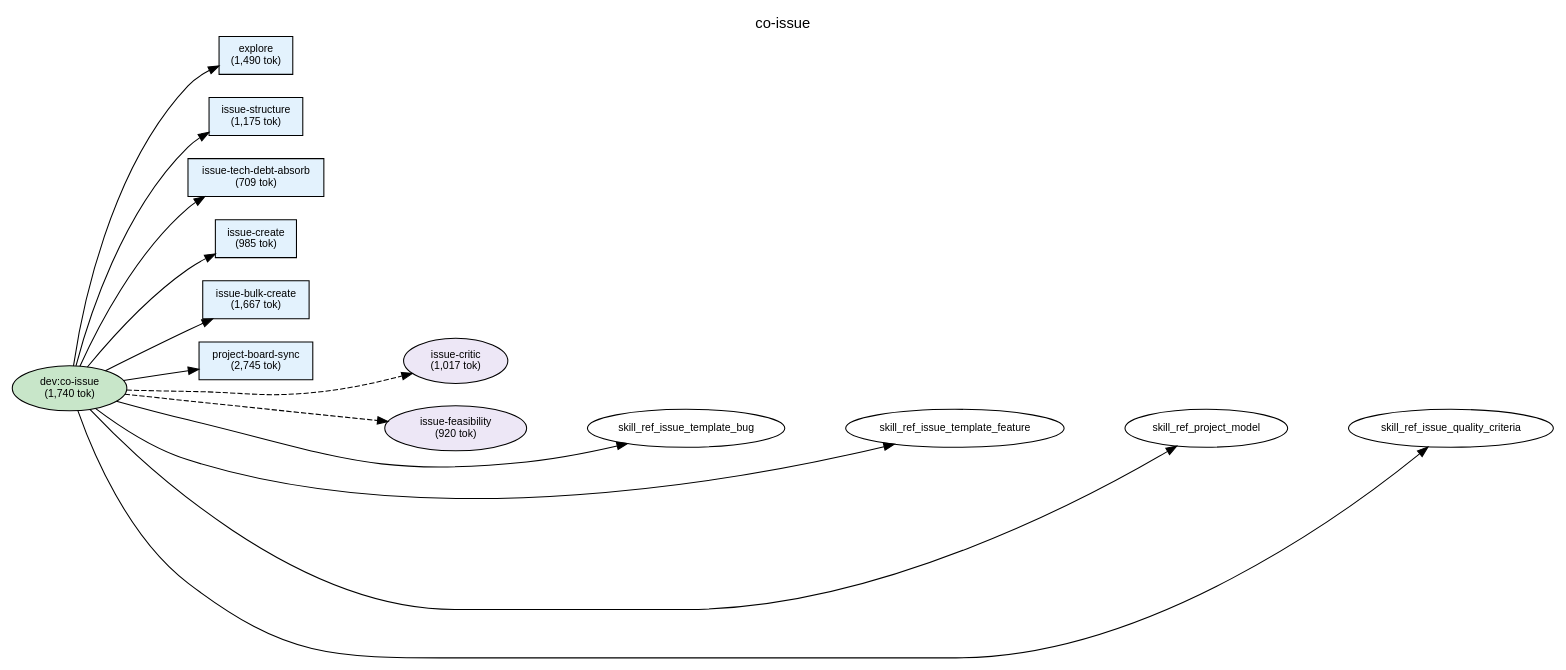
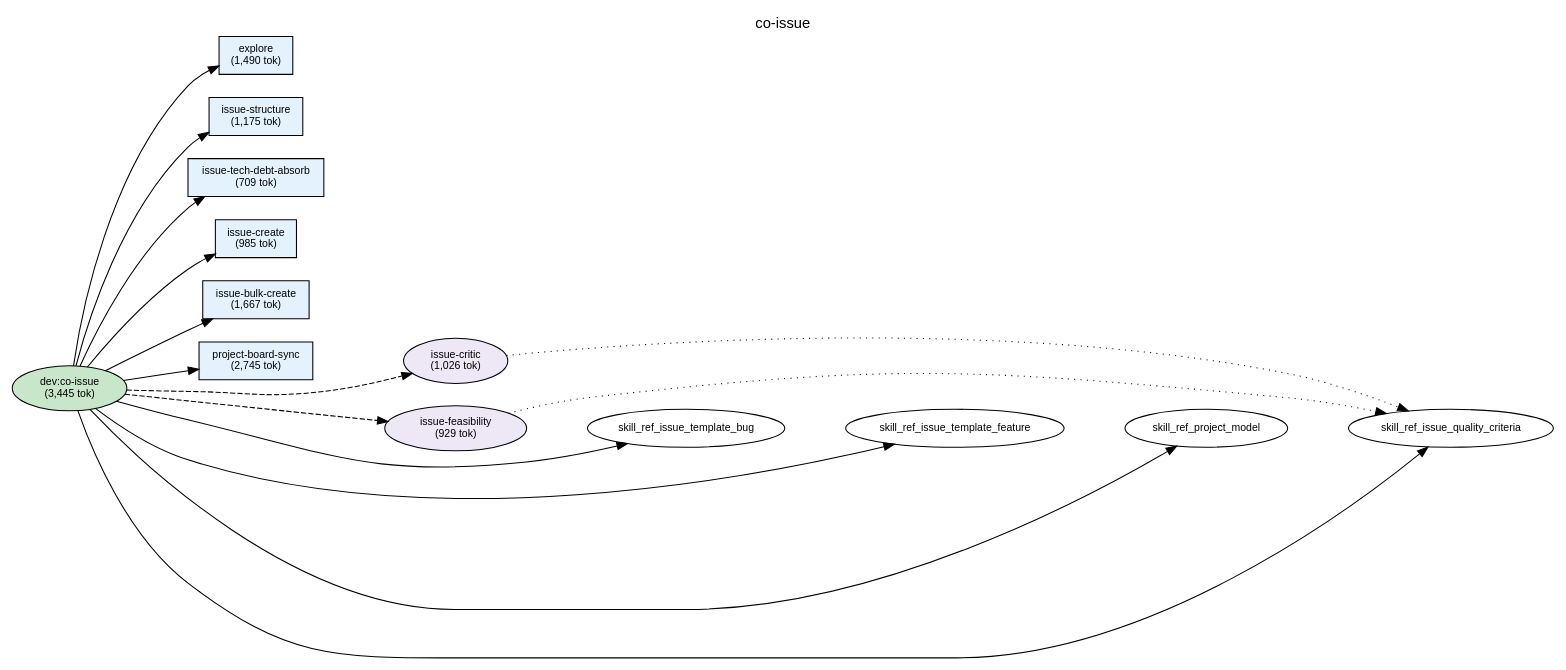
The diagram in plugins/dev/docs/deps-co-issue.dot (shuu5/twill), drawn with Graphviz before and after one commit. The commit also changed 28 other files, not shown here.

```diff
--- a/plugins/dev/docs/deps-co-issue.dot
+++ b/plugins/dev/docs/deps-co-issue.dot
@@ -1,72 +1,74 @@
 digraph Dependencies {
     // Graph settings
     rankdir=LR;
     ranksep=0.8;
     nodesep=0.3;
     fontname="Helvetica";
     node [fontname="Helvetica", fontsize=10];
     edge [fontname="Helvetica", fontsize=9];
     label="co-issue";
     labelloc=t;
     fontsize=14;
 
     // L0: Controller Skills
-    skill_co_issue [label="dev:co-issue\n(1,740 tok)", shape=ellipse, style=filled, fillcolor="#c8e6c9"];
+    skill_co_issue [label="dev:co-issue\n(3,445 tok)", shape=ellipse, style=filled, fillcolor="#c8e6c9"];
 
     // L0: Launchers
 
     // L0.5: Workflow Skills
 
     // Reference Skills
 
     // L1: Direct Commands
     cmd_issue_structure [label="issue-structure\n(1,175 tok)", shape=box, style=filled, fillcolor="#e3f2fd"];
     cmd_issue_create [label="issue-create\n(985 tok)", shape=box, style=filled, fillcolor="#e3f2fd"];
     cmd_issue_bulk_create [label="issue-bulk-create\n(1,667 tok)", shape=box, style=filled, fillcolor="#e3f2fd"];
     cmd_issue_tech_debt_absorb [label="issue-tech-debt-absorb\n(709 tok)", shape=box, style=filled, fillcolor="#e3f2fd"];
     cmd_project_board_sync [label="project-board-sync\n(2,745 tok)", shape=box, style=filled, fillcolor="#e3f2fd"];
     cmd_explore [label="explore\n(1,490 tok)", shape=box, style=filled, fillcolor="#e3f2fd"];
 
     // L2: Sub Commands
 
     // L3: Agents
-    agent_issue_critic [label="issue-critic\n(1,017 tok)", shape=ellipse, style=filled, fillcolor="#ede7f6"];
-    agent_issue_feasibility [label="issue-feasibility\n(920 tok)", shape=ellipse, style=filled, fillcolor="#ede7f6"];
+    agent_issue_critic [label="issue-critic\n(1,026 tok)", shape=ellipse, style=filled, fillcolor="#ede7f6"];
+    agent_issue_feasibility [label="issue-feasibility\n(929 tok)", shape=ellipse, style=filled, fillcolor="#ede7f6"];
 
     // L3.5: Scripts
 
     // L4: External
 
     // Layer constraints
     { rank=same; skill_co_issue; }
     { rank=same; cmd_issue_structure; cmd_issue_create; cmd_issue_bulk_create; cmd_issue_tech_debt_absorb; cmd_project_board_sync; cmd_explore; }
     { rank=same; agent_issue_critic; agent_issue_feasibility; }
 
     // Edges
     skill_co_issue -> cmd_explore;
     skill_co_issue -> cmd_issue_structure;
     skill_co_issue -> cmd_issue_tech_debt_absorb;
     skill_co_issue -> cmd_issue_create;
     skill_co_issue -> cmd_issue_bulk_create;
     skill_co_issue -> cmd_project_board_sync;
     skill_co_issue -> agent_issue_critic [style=dashed];
     skill_co_issue -> agent_issue_feasibility [style=dashed];
     skill_co_issue -> skill_ref_issue_template_bug;
     skill_co_issue -> skill_ref_issue_template_feature;
     skill_co_issue -> skill_ref_project_model;
     skill_co_issue -> skill_ref_issue_quality_criteria;
+    agent_issue_critic -> skill_ref_issue_quality_criteria [style=dotted];
+    agent_issue_feasibility -> skill_ref_issue_quality_criteria [style=dotted];
 
     // Ordering constraints (invisible edges)
     cmd_explore -> cmd_issue_structure [style=invis, weight=10];
     cmd_issue_structure -> cmd_issue_tech_debt_absorb [style=invis, weight=10];
     cmd_issue_tech_debt_absorb -> cmd_issue_create [style=invis, weight=10];
     cmd_issue_create -> cmd_issue_bulk_create [style=invis, weight=10];
     cmd_issue_bulk_create -> cmd_project_board_sync [style=invis, weight=10];
     cmd_project_board_sync -> agent_issue_critic [style=invis, weight=10];
     agent_issue_critic -> agent_issue_feasibility [style=invis, weight=10];
     agent_issue_feasibility -> skill_ref_issue_template_bug [style=invis, weight=10];
     skill_ref_issue_template_bug -> skill_ref_issue_template_feature [style=invis, weight=10];
     skill_ref_issue_template_feature -> skill_ref_project_model [style=invis, weight=10];
     skill_ref_project_model -> skill_ref_issue_quality_criteria [style=invis, weight=10];
 
 }
```
